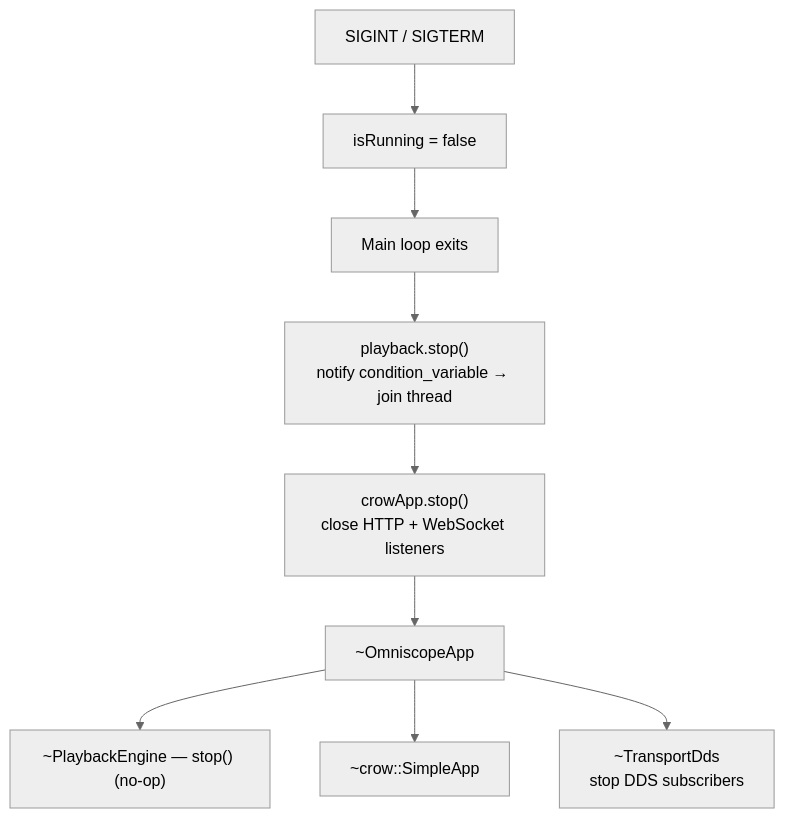
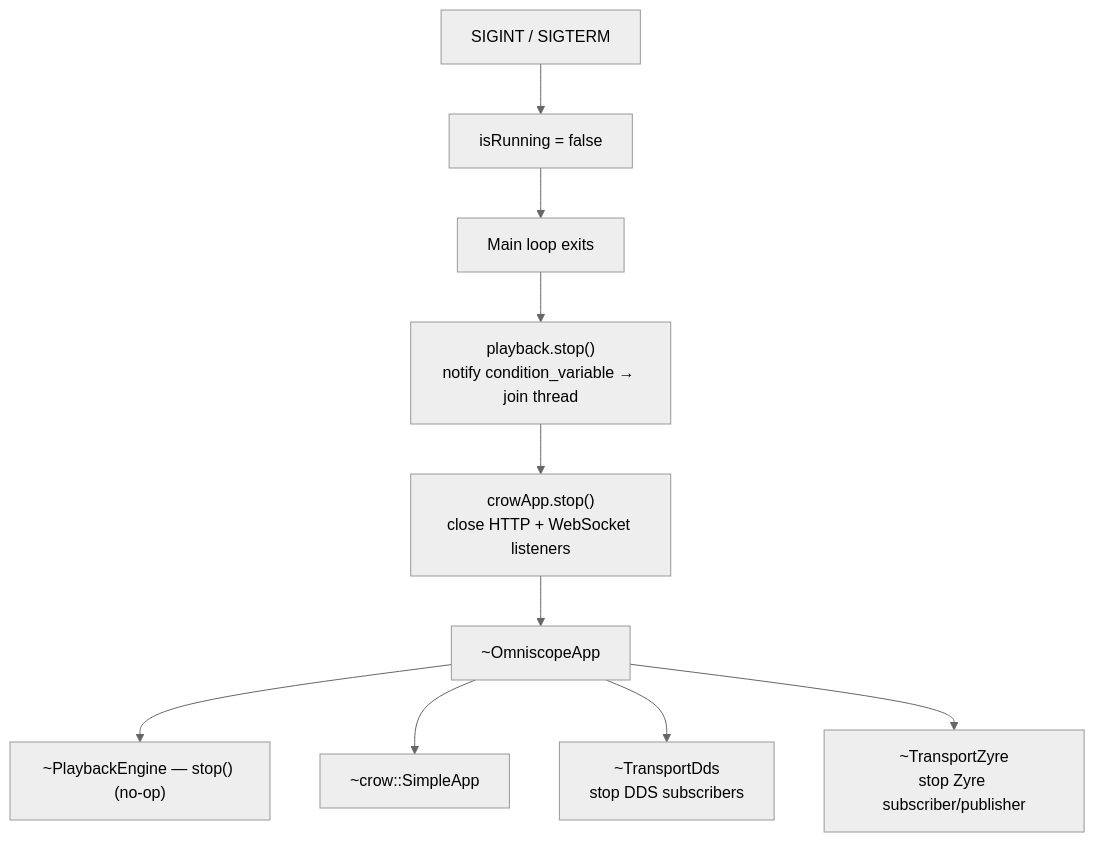
Before and after one commit to sfestenstein/StarterCpp: the fifth of 5 diagrams in src/apps/Omniscope/DESIGN.md, drawn with Mermaid (neutral theme). The commit also changed other lines of this file and 16 other files, not shown here.

````diff
--- a/src/apps/Omniscope/DESIGN.md
+++ b/src/apps/Omniscope/DESIGN.md
@@ -145,11 +175,12 @@
 ```mermaid
 flowchart TD
     SIG["SIGINT / SIGTERM"] --> FLAG["isRunning = false"]
     FLAG --> EXIT["Main loop exits"]
     EXIT --> STOP_PB["playback.stop()<br/>notify condition_variable → join thread"]
     STOP_PB --> STOP_CROW["crowApp.stop()<br/>close HTTP + WebSocket listeners"]
     STOP_CROW --> DTOR["~OmniscopeApp"]
     DTOR --> DTOR_PB["~PlaybackEngine — stop() (no-op)"]
     DTOR --> DTOR_CROW["~crow::SimpleApp"]
     DTOR --> DTOR_DT["~TransportDds<br/>stop DDS subscribers"]
+    DTOR --> DTOR_ZT["~TransportZyre<br/>stop Zyre subscriber/publisher"]
 ```
````
